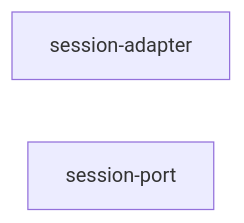
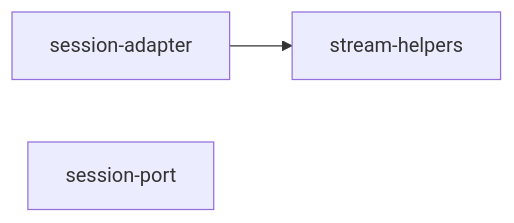
Before and after one commit to OJII3/vicissitude: the diagram in src/opencode/DEPS.md, drawn with Mermaid. The commit also changed other lines of this file and 7 other files, not shown here.

````diff
--- a/src/opencode/DEPS.md
+++ b/src/opencode/DEPS.md
@@ -7,5 +7,6 @@
 ```mermaid
 graph LR
-  session_adapter["session-adapter"]
+  session_adapter["session-adapter"] --> stream_helpers["stream-helpers"]
   session_port["session-port"]
+  stream_helpers["stream-helpers"]
 ```
````
